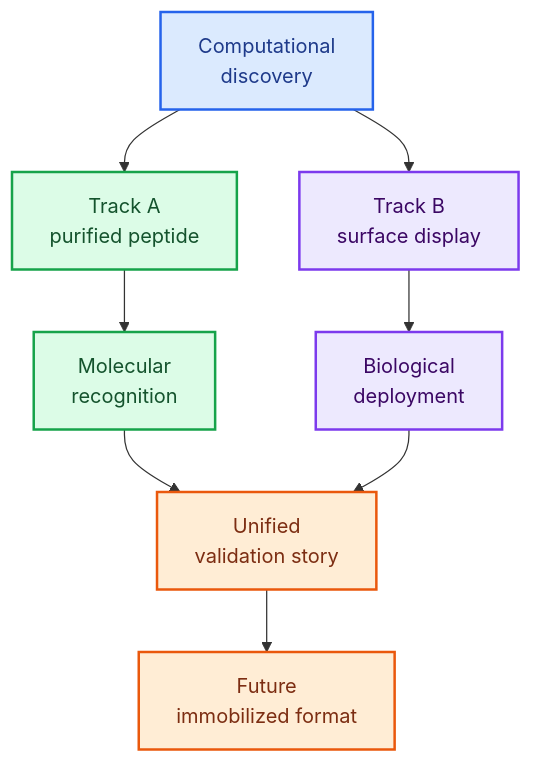
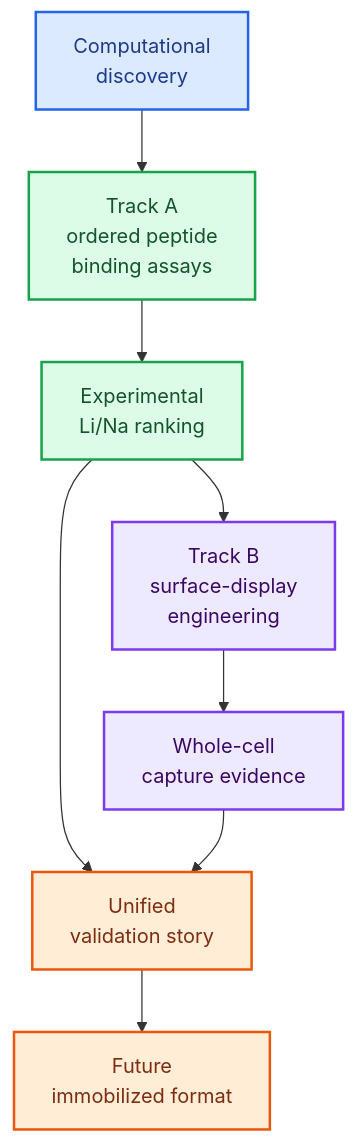
One commit to jackyissocute/LiSPER changed the diagram in 02_experimental_validation/README.md. Above: the diagram before and after it, drawn with Mermaid. The commit also changed other lines of this file and 11 other files, not shown here.

````diff
--- a/02_experimental_validation/README.md
+++ b/02_experimental_validation/README.md
@@ -5,30 +7,30 @@
 ```mermaid
 flowchart TD
     accTitle: Experimental Validation Tracks
-    accDescr: Experimental validation splits computationally ranked LiSPER candidates into purified-peptide and surface-display tracks before recombining the evidence.
+    accDescr: Experimental validation now tests ordered synthetic peptides first, then uses the best candidates for surface-display engineering and future translation.
 
     discovery["Computational<br/>discovery"]
-    track_a["Track A<br/>purified peptide"]
-    track_b["Track B<br/>surface display"]
-    molecular["Molecular<br/>recognition"]
-    biological["Biological<br/>deployment"]
+    track_a["Track A<br/>ordered peptide<br/>binding assays"]
+    ranking["Experimental<br/>Li/Na ranking"]
+    track_b["Track B<br/>surface-display<br/>engineering"]
+    biological["Whole-cell<br/>capture evidence"]
     validation["Unified<br/>validation story"]
     translation["Future<br/>immobilized format"]
 
     discovery --> track_a
-    discovery --> track_b
-    track_a --> molecular
+    track_a --> ranking
+    ranking --> track_b
     track_b --> biological
-    molecular --> validation
+    ranking --> validation
     biological --> validation
     validation --> translation
 
     classDef comp fill:#dbeafe,stroke:#2563eb,stroke-width:2px,color:#1e3a8a
     classDef trackA fill:#dcfce7,stroke:#16a34a,stroke-width:2px,color:#14532d
     classDef trackB fill:#ede9fe,stroke:#7c3aed,stroke-width:2px,color:#3b0764
     classDef future fill:#ffedd5,stroke:#ea580c,stroke-width:2px,color:#7c2d12
     class discovery comp
-    class track_a,molecular trackA
+    class track_a,ranking trackA
     class track_b,biological trackB
     class validation,translation future
 ```
````
